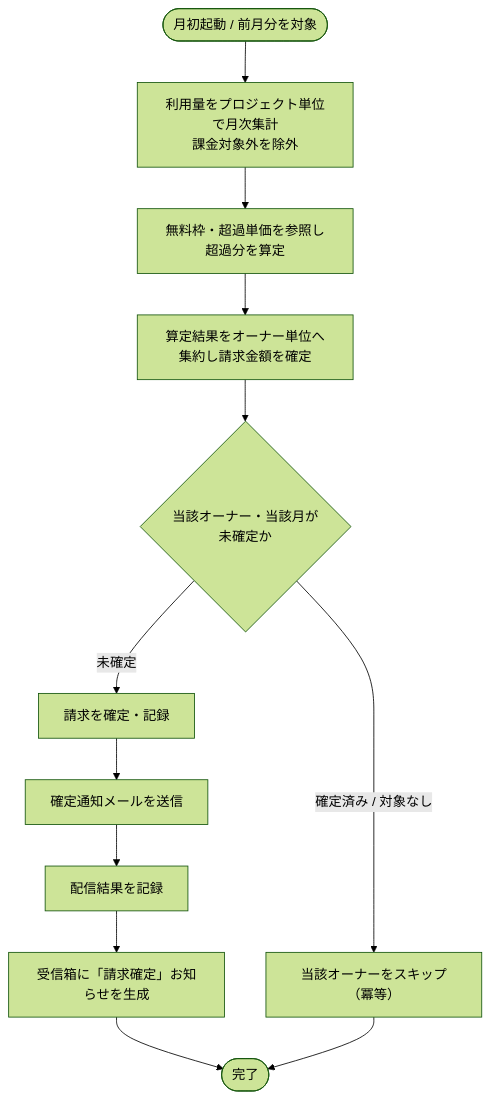
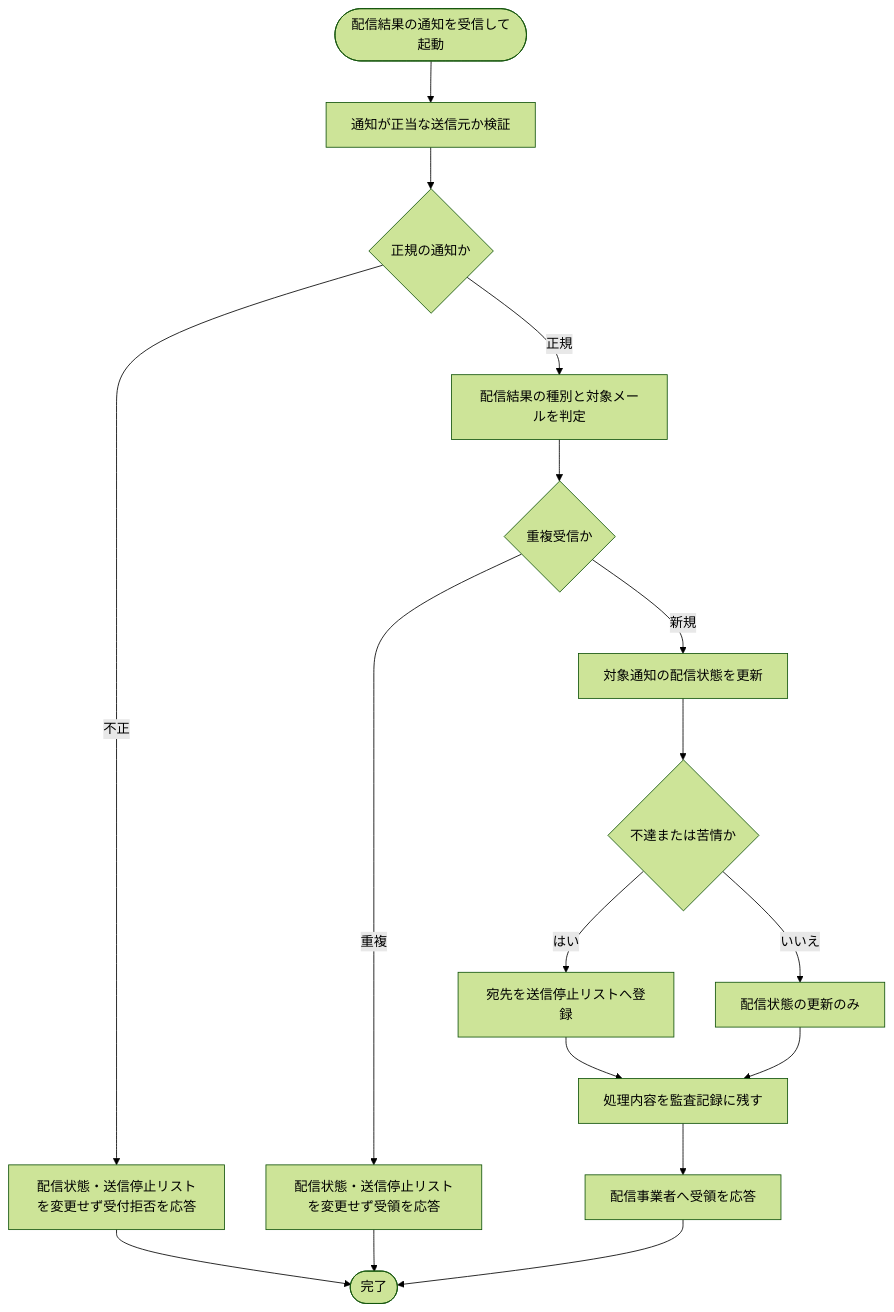
One commit to sikakou54/open-faq changed the diagram in 02_basic_design/02_backend/01_system/SYS-021.md. Above: the diagram before and after it, drawn with Mermaid (forest theme). The commit also changed other lines of this file and 395 other files, not shown here.

````diff
--- a/02_basic_design/02_backend/01_system/SYS-021.md
+++ b/02_basic_design/02_backend/01_system/SYS-021.md
@@ -26,14 +26,19 @@
 ```mermaid
 flowchart TB
-  S([月初起動 / 前月分を対象]) --> A[利用量をプロジェクト単位で月次集計<br/>課金対象外を除外]
-  A --> B[無料枠・超過単価を参照し超過分を算定]
-  B --> C[算定結果をオーナー単位へ集約し請求金額を確定]
-  C --> D{当該オーナー・当該月が<br/>未確定か}
-  D -- 未確定 --> E[請求を確定・記録]
-  E --> F[確定通知メールを送信]
-  F --> G[配信結果を記録]
-  G --> H[受信箱に「請求確定」お知らせを生成]
-  D -- 確定済み / 対象なし --> I[当該オーナーをスキップ（冪等）]
-  H --> J([完了])
-  I --> J
+  S([配信結果の通知を受信して起動]) --> A[通知が正当な送信元か検証]
+  A --> B{正規の通知か}
+  B -- 不正 --> X[配信状態・送信停止リストを変更せず受付拒否を応答]
+  B -- 正規 --> C[配信結果の種別と対象メールを判定]
+  C --> D{重複受信か}
+  D -- 重複 --> Y[配信状態・送信停止リストを変更せず受領を応答]
+  D -- 新規 --> E[対象通知の配信状態を更新]
+  E --> F{不達または苦情か}
+  F -- はい --> G[宛先を送信停止リストへ登録]
+  F -- いいえ --> H[配信状態の更新のみ]
+  G --> I[処理内容を監査記録に残す]
+  H --> I
+  I --> J[配信事業者へ受領を応答]
+  X --> K([完了])
+  Y --> K
+  J --> K
 ```
````
